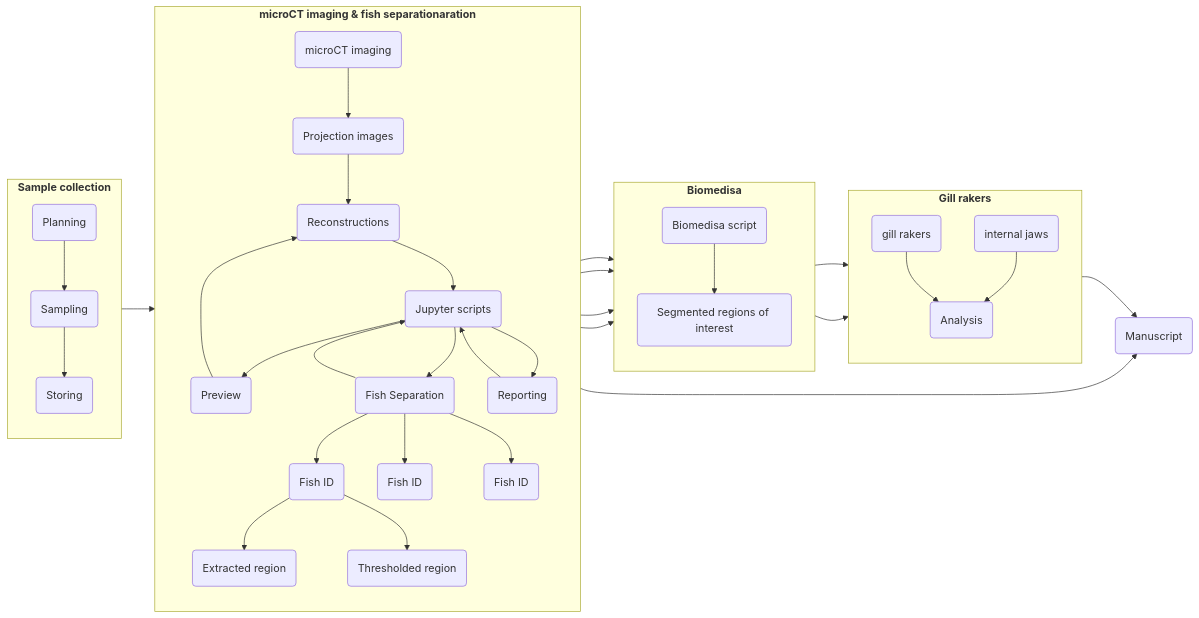
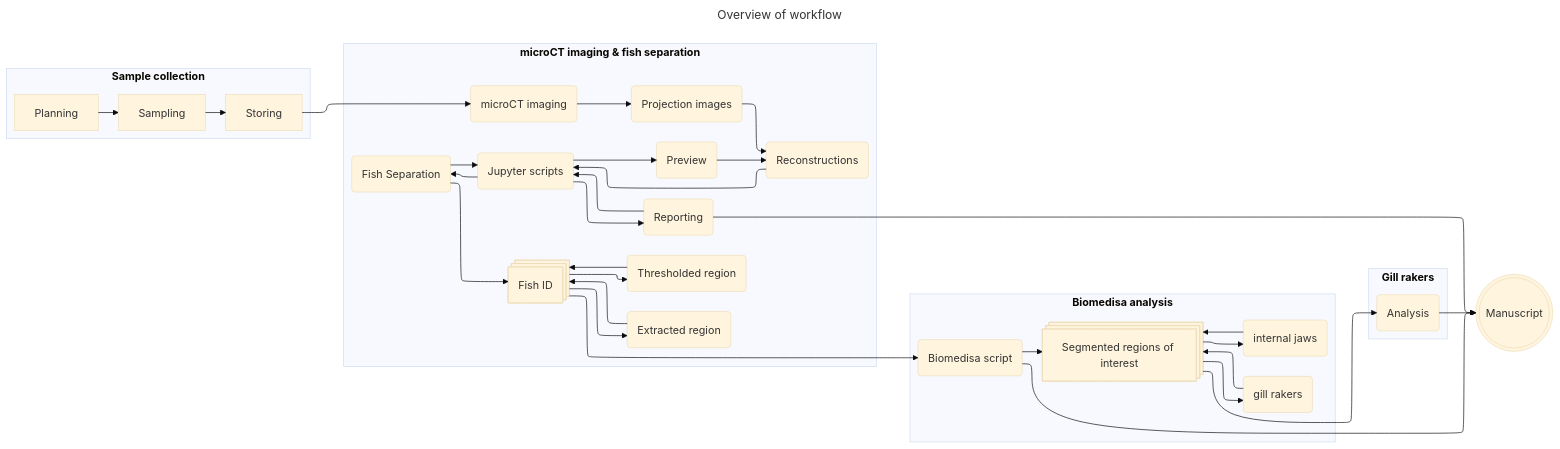
Before and after one commit to habi/sticklebacks-manuscript: the diagram in v/latest/images/workflow.mmd, drawn with Mermaid. The commit also changed 26 other files, not shown here.

First line of the commit message:
Lead to manuscript, update workflow file [ci skip]

```diff
--- a/v/latest/images/workflow.mmd
+++ b/v/latest/images/workflow.mmd
@@ -1,35 +1,39 @@
-graph LR
+---
+title: Overview of workflow
+config:
+  theme: base
+  layout: elk
+  elk:
+    mergeEdges: true
+    nodePlacementStrategy: LINEAR_SEGMENTS
+---
+flowchart LR
     subgraph Katie [<b>Sample collection</b>]
-        direction TB
-        k1(Planning) --> k2(Sampling)
-        k2 --> k3(Storing)
+       Planning --> Sampling
+       Sampling --> Storing
     end
-    k3 --> uct
-    subgraph David [<b>microCT imaging & fish separationaration</b>]
-        direction TB
+    Storing --> uct
+    subgraph David [<b>microCT imaging & fish separation</b>]
         uct(microCT imaging) --> proj(Projection images)
         proj --> rec(Reconstructions)
         rec --> jupyter(Jupyter scripts)
         jupyter --> preview(Preview) --> rec
         jupyter --> separation(Fish Separation) --> jupyter
         jupyter --> reporting(Reporting) --> jupyter
-        separation --> fish0(Fish ID) --> region(Extracted region)
-        fish0 --> region_thresholded(Thresholded region)        
-        separation --> fish1(Fish ID)
-        separation --> fish2(Fish ID)
+        separation --> fishid(Fish ID) --> region(Extracted region) --> fishid(Fish ID)
+        fishid --> region_thresholded(Thresholded region) --> fishid
+        fishid@{ shape: procs }
     end
-    subgraph Ben [<b>Biomedisa</b>]
-        direction TB
-        region --> biomedisa(Biomedisa script)
-        region_thresholded --> biomedisa
-        fish1 --> biomedisa
-        fish2 --> biomedisa
+    subgraph Ben [<b>Biomedisa analysis</b>]
+        fishid --> biomedisa(Biomedisa script)
         biomedisa --> regions(Segmented regions of interest)
+        regions@{ shape: procs }
+        regions --> rakers(gill rakers) --> regions
+        regions --> jaws(internal jaws) --> regions
     end
     subgraph Sheila [<b>Gill rakers</b>]
-        direction TB
-        regions --> rakers(gill rakers) --> analysis
-        regions --> jaws(internal jaws) --> analysis(Analysis)
+        regions -->  analysis(Analysis)
     end
-    reporting --> manubot(Manuscript)
-    analysis --> manubot
+        reporting --> manubot(((Manuscript)))
+        biomedisa --> manubot
+        analysis --> manubot
```
